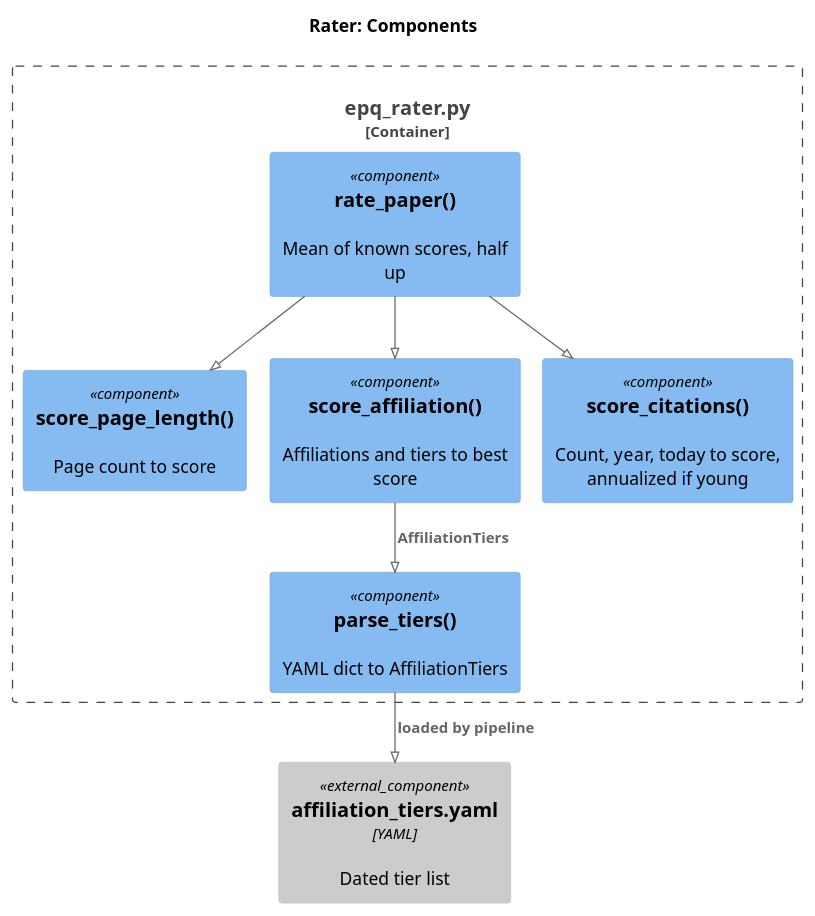
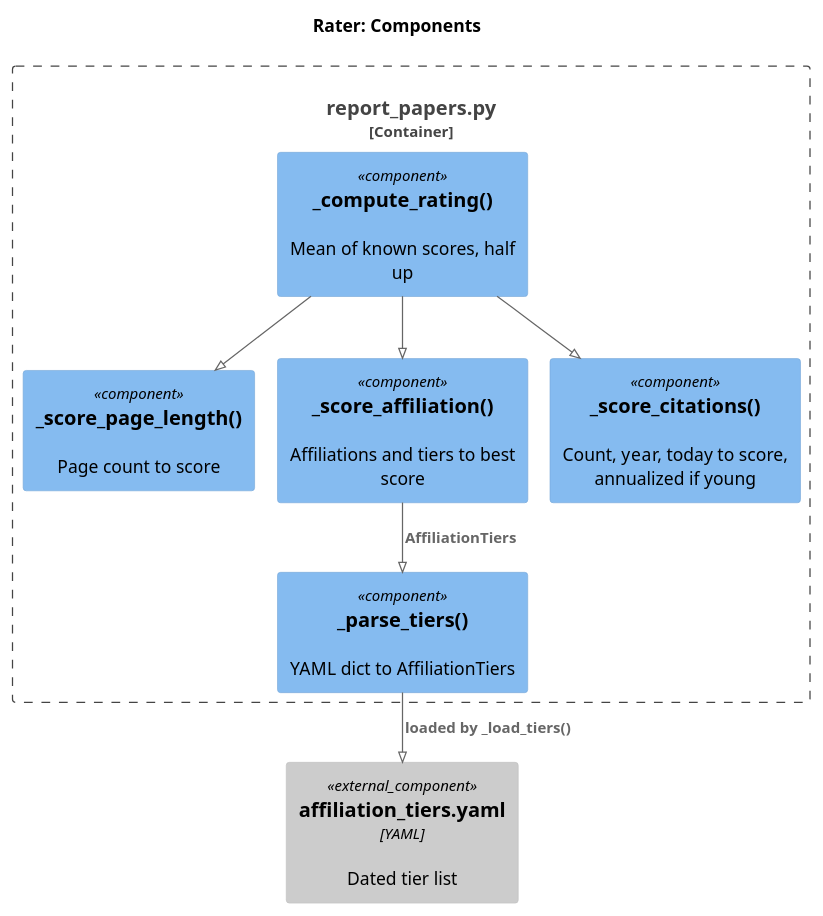
One commit to gpsaggese/gpsaggese.github.io changed the diagram in research/Estimate_academic_paper_quality/docs/02.6-design.rater.md. Above: the diagram before and after it, drawn with PlantUML. The commit also changed other lines of this file and 98 other files, not shown here.

````diff
--- a/research/Estimate_academic_paper_quality/docs/02.6-design.rater.md
+++ b/research/Estimate_academic_paper_quality/docs/02.6-design.rater.md
@@ -29,19 +33,19 @@
 ```plantuml
 !pragma layout smetana
 !include <C4/C4_Component>
 LAYOUT_TOP_DOWN()
 title Rater: Components
-Container_Boundary(r, "epq_rater.py") {
-  Component(pages, "score_page_length()", "", "Page count to score")
-  Component(aff, "score_affiliation()", "", "Affiliations and tiers to best score")
-  Component(cit, "score_citations()", "", "Count, year, today to score, annualized if young")
-  Component(rate, "rate_paper()", "", "Mean of known scores, half up")
-  Component(tiers, "parse_tiers()", "", "YAML dict to AffiliationTiers")
+Container_Boundary(r, "report_papers.py") {
+  Component(pages, "_score_page_length()", "", "Page count to score")
+  Component(aff, "_score_affiliation()", "", "Affiliations and tiers to best score")
+  Component(cit, "_score_citations()", "", "Count, year, today to score, annualized if young")
+  Component(rate, "_compute_rating()", "", "Mean of known scores, half up")
+  Component(tiers, "_parse_tiers()", "", "YAML dict to AffiliationTiers")
 }
 Component_Ext(yaml, "affiliation_tiers.yaml", "YAML", "Dated tier list")
 Rel(rate, pages, "")
 Rel(rate, aff, "")
 Rel(rate, cit, "")
 Rel(aff, tiers, "AffiliationTiers")
-Rel(tiers, yaml, "loaded by pipeline")
+Rel(tiers, yaml, "loaded by _load_tiers()")
 ```
````
